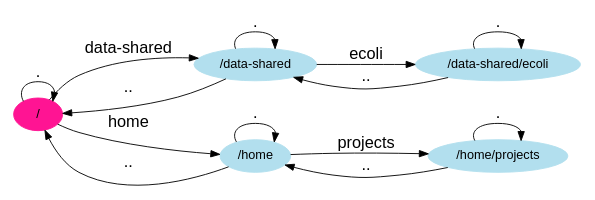
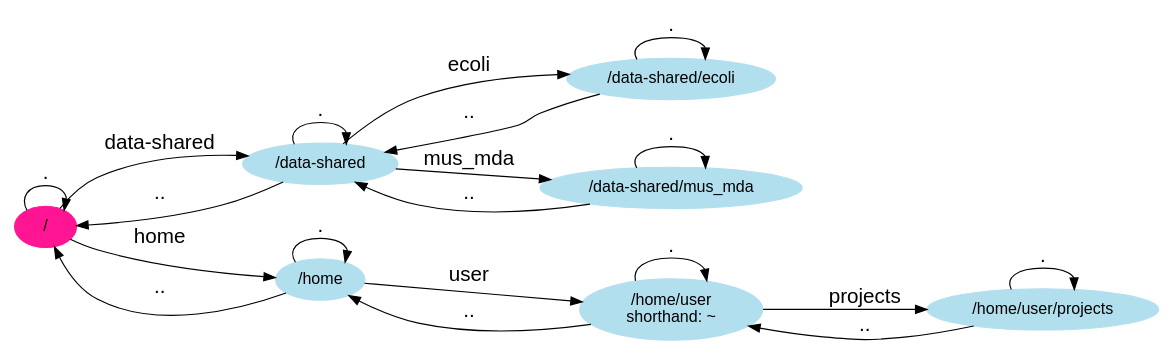
The diagram in tasks/path-graph/paths.dot (libor-m/ngs-course), drawn with Graphviz before and after one commit. The commit also changed 1 other file, not shown here.

Commit message:
fix path graph

```diff
--- a/tasks/path-graph/paths.dot
+++ b/tasks/path-graph/paths.dot
@@ -1,27 +1,36 @@
-digraph paths {
-  size="6,6";
+digraph G {
+  size="12,6";
   node [color=lightblue2, style=filled];
   rankdir = "LR";
   edge [fontname = "Helvetica" fontsize = 18]
   node [fontname = "Helvetica"]
+
 
   "/" [rank = "source" color = "deeppink" ]
 
   "/" -> "/" [label = "."]
   "/" -> "/data-shared" [label = "data-shared"]
   "/data-shared" -> "/" [label = ".."]
   "/data-shared" -> "/data-shared" [label = "."]
 
   "/data-shared" -> "/data-shared/ecoli" [label = "ecoli"]
   "/data-shared/ecoli" -> "/data-shared" [label = ".."]
   "/data-shared/ecoli" -> "/data-shared/ecoli" [label = "."]
 
+  "/data-shared" -> "/data-shared/mus_mda" [label = "mus_mda"]
+  "/data-shared/mus_mda" -> "/data-shared" [label = ".."]
+  "/data-shared/mus_mda" -> "/data-shared/mus_mda" [label = "."]
 
   "/" -> "/home" [label = "home"]
   "/home" -> "/" [label = ".."]
   "/home" -> "/home" [label = "."]
 
-  "/home" -> "/home/projects" [label = "projects"]
-  "/home/projects" -> "/home" [label = ".."]
-  "/home/projects" -> "/home/projects" [label = "."]
+  "/home/user" [label = "/home/user \n shorthand: ~"]
+  "/home" -> "/home/user" [label = "user"]
+  "/home/user" -> "/home" [label = ".."]
+  "/home/user" -> "/home/user" [label = "."]
+
+  "/home/user" -> "/home/user/projects" [label = "projects"]
+  "/home/user/projects" -> "/home/user" [label = ".."]
+  "/home/user/projects" -> "/home/user/projects" [label = "."]
 }
```
